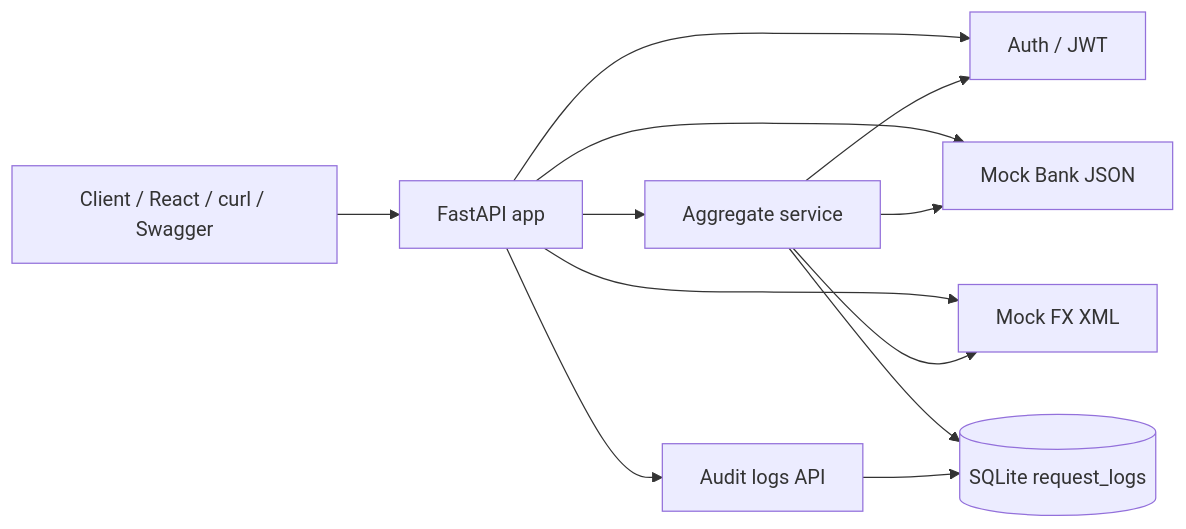
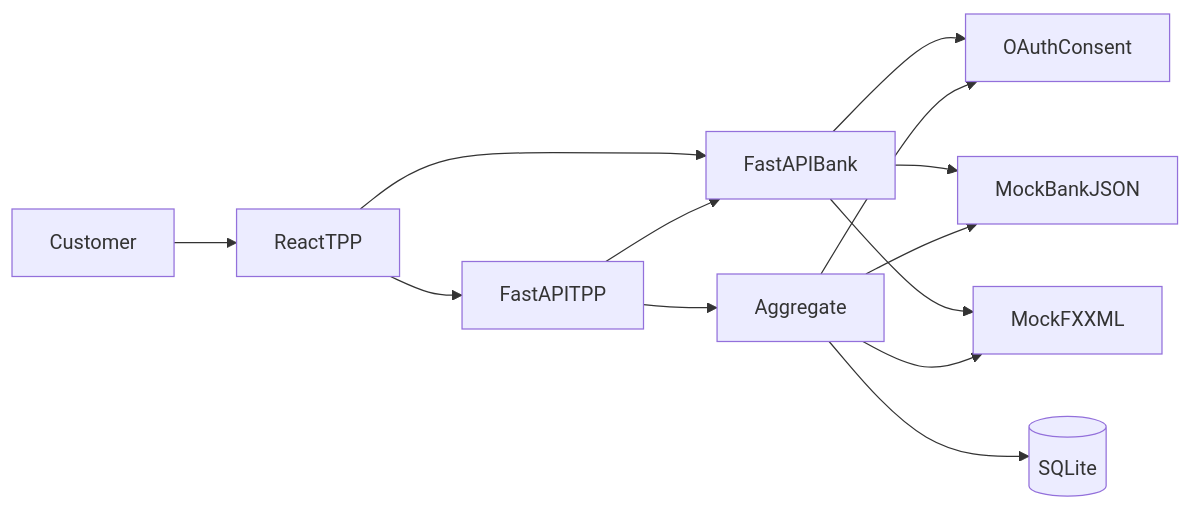
The diagram in docs/architecture.md (turjoy18/open-banking-integration-sandbox), drawn with Mermaid before and after one commit. The commit also changed other lines of this file and 2 other files, not shown here.

First line of the commit message:
docs: document OAuth2 consent and TPP exchange

````diff
--- a/docs/architecture.md
+++ b/docs/architecture.md
@@ -9,14 +16,15 @@
 ```mermaid
 flowchart LR
-  Client[Client / React / curl / Swagger] --> API[FastAPI app]
-  API --> Auth[Auth / JWT]
-  API --> Bank[Mock Bank JSON]
-  API --> FX[Mock FX XML]
-  API --> Agg[Aggregate service]
-  API --> Audit[Audit logs API]
+  User[Customer] --> TPPUI[ReactTPP]
+  TPPUI --> TPP[FastAPITPP]
+  TPPUI --> ASPSP[FastAPIBank]
+  TPP --> ASPSP
+  ASPSP --> Auth[OAuthConsent]
+  ASPSP --> Bank[MockBankJSON]
+  ASPSP --> FX[MockFXXML]
+  TPP --> Agg[Aggregate]
   Agg --> Auth
   Agg --> Bank
   Agg --> FX
-  Agg --> DB[(SQLite request_logs)]
-  Audit --> DB
+  Agg --> DB[(SQLite)]
 ```
````
